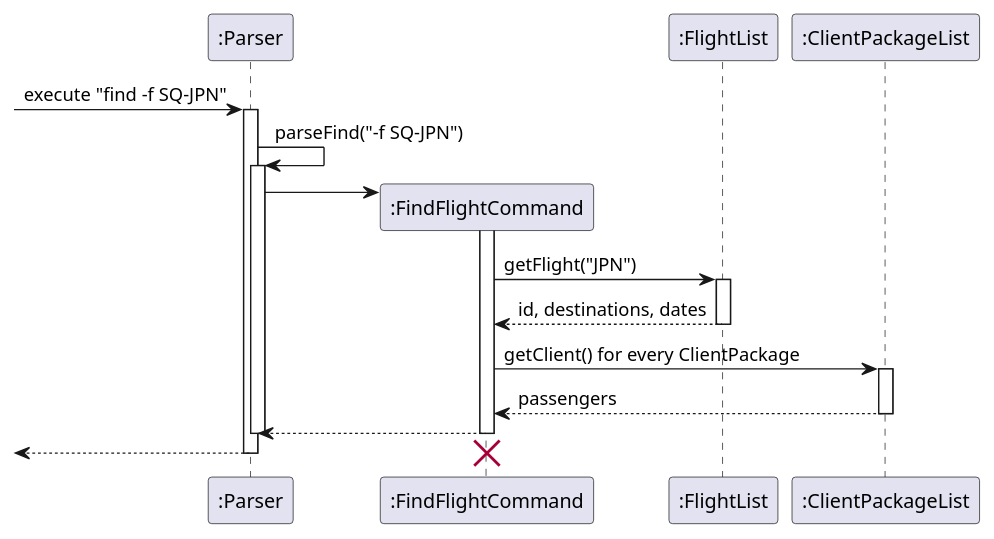
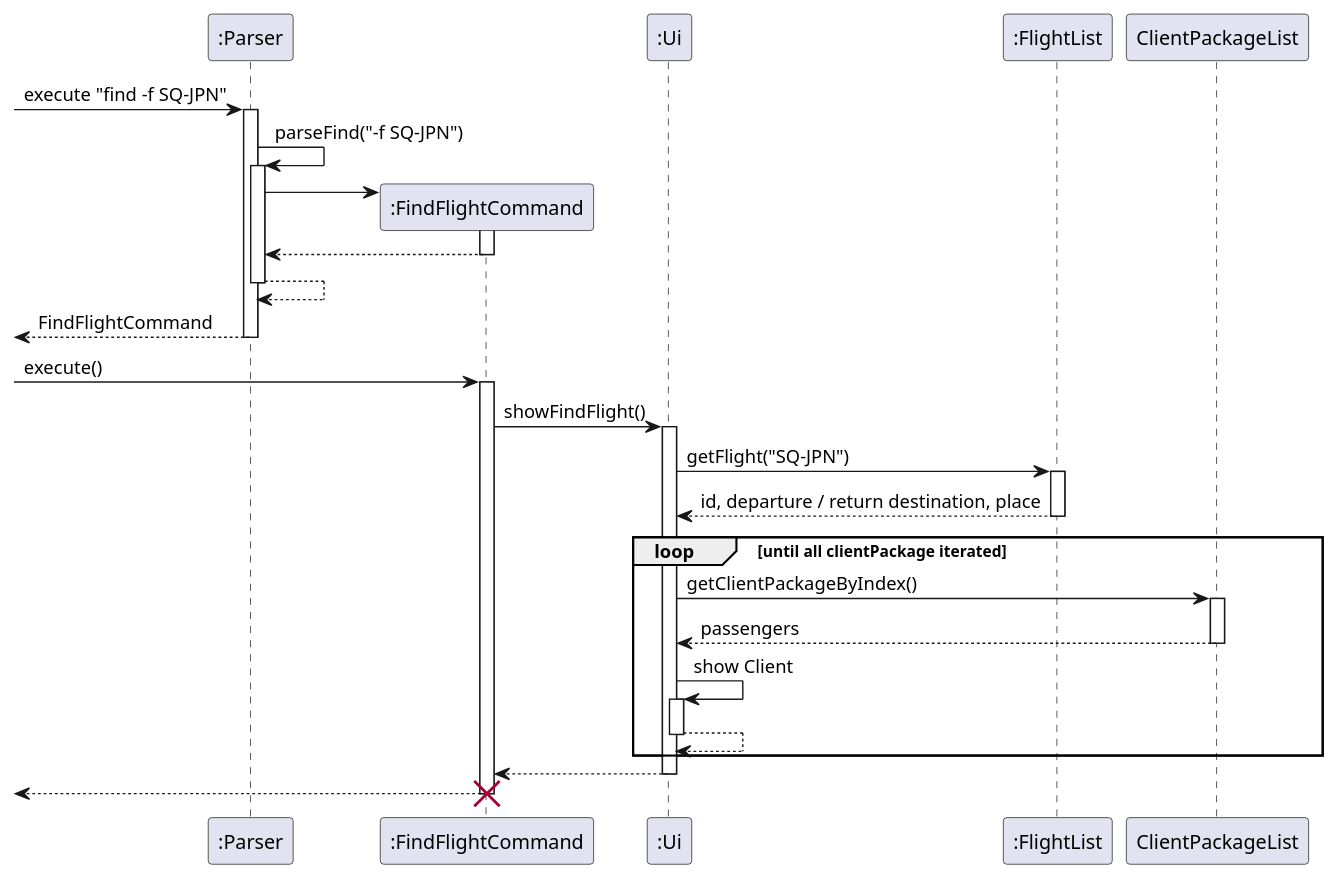
Before and after one commit to nus-cs2113-AY2122S1/tp: the diagram in src/main/java/seedu/uml/FindFlightTest.puml, drawn with PlantUML. The commit also changed 25 other files, not shown here.

Commit message:
Changed ListCommandTest and FindCommandTest, Edited DG and UML diagrams

```diff
--- a/src/main/java/seedu/uml/FindFlightTest.puml
+++ b/src/main/java/seedu/uml/FindFlightTest.puml
@@ -1,36 +1,53 @@
 @startuml
 
 participant ":Parser" as Parser
-participant ":FindFlightCommand" as FFC
-participant ":FlightList" as FlightList
-participant ":ClientPackageList" as ClientPackageList
-
-
+participant ":FindFlightCommand" as FCC
+participant ":Ui" as Ui
+participant ":FlightList" as TourList
 
 -> Parser: execute "find -f SQ-JPN"
 activate Parser
 Parser -> Parser : parseFind("-f SQ-JPN")
 activate Parser
 
-create FFC
-Parser -> FFC
-activate FFC
 
-FFC -> FlightList : getFlight("JPN")
-activate FlightList
-FlightList --> FFC : id, destinations, dates
-deactivate FlightList
 
-FFC -> ClientPackageList : getClient() for every ClientPackage
-activate ClientPackageList
-ClientPackageList --> FFC : passengers
-deactivate ClientPackageList
+create FCC
+Parser -> FCC
+activate FCC
+FCC --> Parser
+deactivate FCC
+Parser --> Parser
+deactivate Parser
+<-- Parser: FindFlightCommand
+deactivate Parser
 
-FFC --> Parser
-deactivate Parser
-deactivate FFC
-<-- Parser
-deactivate Parser
-destroy FFC
+-> FCC: execute()
+activate FCC
 
+
+
+FCC -> Ui : showFindFlight()
+activate Ui
+Ui -> TourList : getFlight("SQ-JPN")
+activate TourList
+TourList --> Ui : id, departure / return destination, place
+deactivate TourList
+loop until all clientPackage iterated
+    Ui -> ClientPackageList : getClientPackageByIndex()
+    activate ClientPackageList
+    ClientPackageList --> Ui: passengers
+    deactivate ClientPackageList
+    Ui -> Ui: show Client
+    activate Ui
+    Ui --> Ui
+    deactivate Ui
+end
+Ui --> FCC
+deactivate Ui
+
+<-- FCC
+deactivate FCC
+
+destroy FCC
 @enduml
```
